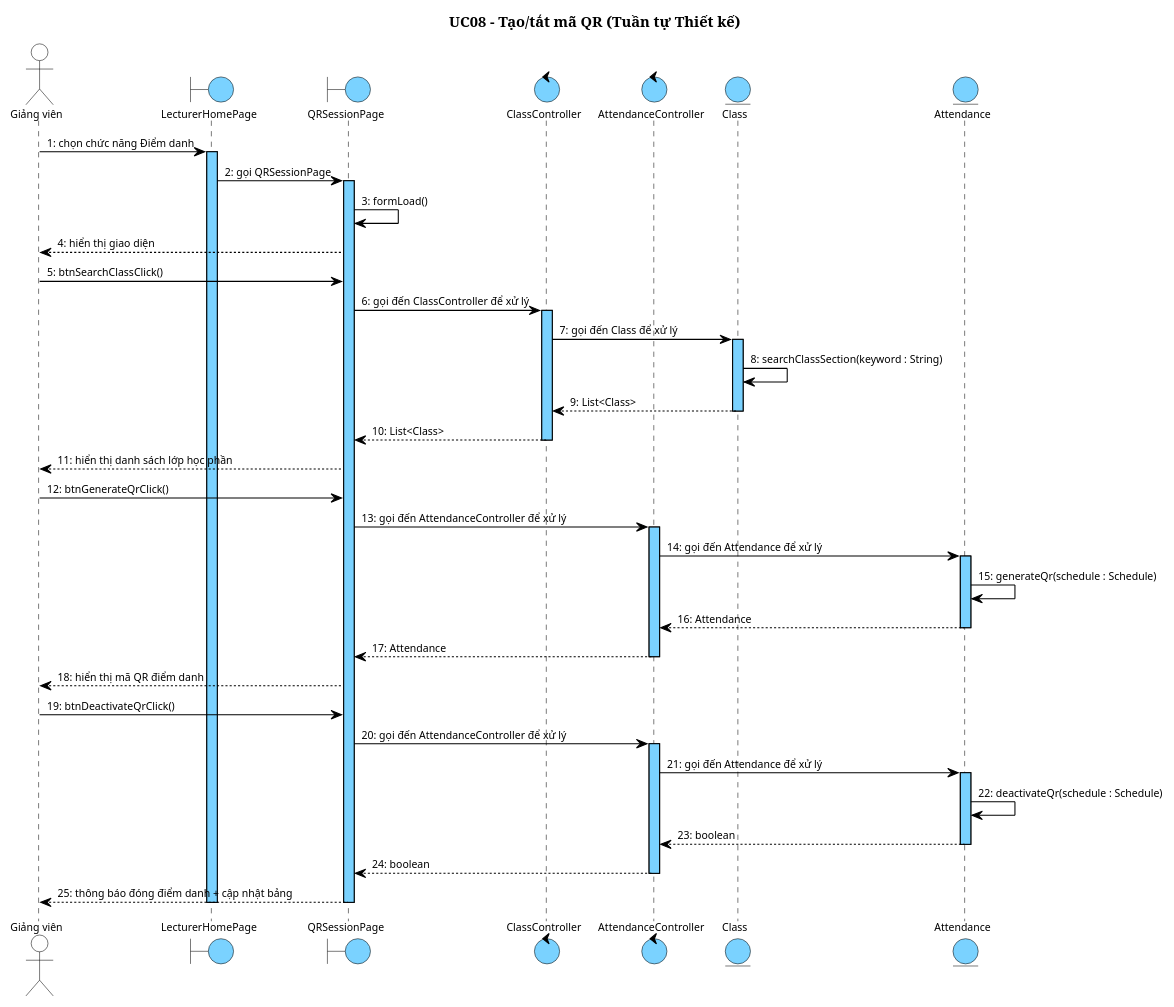
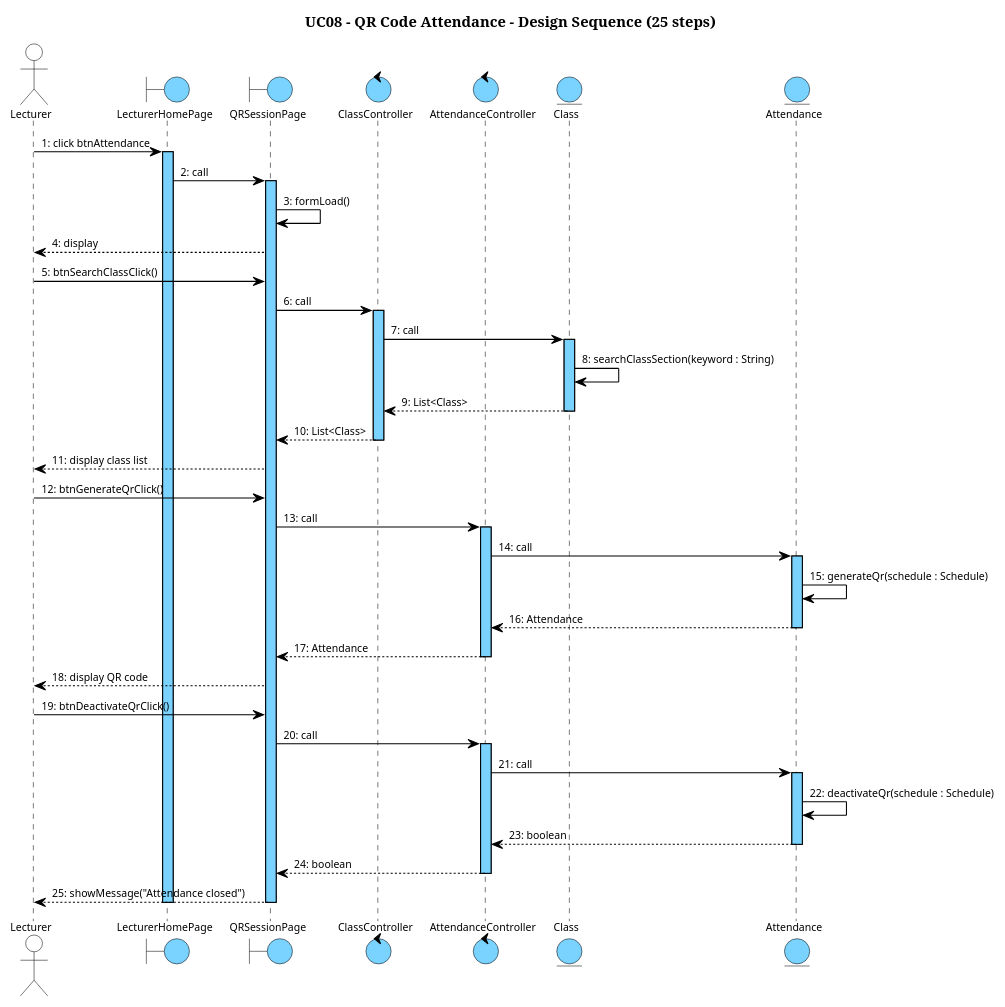
Before and after one commit to thanhtrnnn/universe: diagram 17 of 20 in report/md/module3_attendance_grades.md, drawn with PlantUML. The commit also changed other lines of this file and 27 other files, not shown here.

First line of the commit message:
feat(module3): rewrite II.4+III.4 seq diagrams per updated cnpm skill; sync skill from remote

```diff
--- a/report/md/module3_attendance_grades.md
+++ b/report/md/module3_attendance_grades.md
@@ -1357,17 +1481,45 @@
   FontName "Arial"
   FontSize 10
   FontColor #000000
-  boundary { BackgroundColor #7AD2FF; LineColor #000000 }
-  control { BackgroundColor #7AD2FF; LineColor #000000 }
-  entity { BackgroundColor #7AD2FF; LineColor #000000 }
-  actor { BackgroundColor transparent; LineColor #000000 }
-  lifeline { LineColor #000000; LineStyle 5-5 }
-  arrow { LineColor #000000; LineThickness 1; FontSize 10 }
+
+  participant {
+    BackgroundColor #7AD2FF
+    LineColor #000000
+    LineThickness 1
+  }
+
+  actor {
+    BackgroundColor transparent
+    LineColor #000000
+  }
+  boundary {
+    BackgroundColor #7AD2FF
+    LineColor #000000
+  }
+  control {
+    BackgroundColor #7AD2FF
+    LineColor #000000
+  }
+  entity {
+    BackgroundColor #7AD2FF
+    LineColor #000000
+  }
+
+  lifeline {
+    LineColor #000000
+    LineStyle 5-5
+  }
+
+  arrow {
+    LineColor #000000
+    LineThickness 1
+    FontSize 10
+  }
 }
 </style>
-title UC08 – Tạo/tắt mã QR (Tuần tự Thiết kế)
+title UC08 – QR Code Attendance – Design Sequence (25 steps)
 
-actor "Giảng viên" as GV
+actor "Lecturer" as Actor
 boundary LecturerHomePage
 boundary QRSessionPage
 control ClassController
@@ -1375,45 +1527,45 @@
 entity Class
 entity Attendance
 
-GV -> LecturerHomePage : 1: chọn chức năng Điểm danh
+Actor -> LecturerHomePage : 1: click btnAttendance
 activate LecturerHomePage
-LecturerHomePage -> QRSessionPage : 2: gọi QRSessionPage
+LecturerHomePage -> QRSessionPage : 2: call
 activate QRSessionPage
 QRSessionPage -> QRSessionPage : 3: formLoad()
-QRSessionPage --> GV : 4: hiển thị giao diện
-GV -> QRSessionPage : 5: btnSearchClassClick()
-QRSessionPage -> ClassController : 6: gọi đến ClassController để xử lý
+QRSessionPage --> Actor : 4: display
+Actor -> QRSessionPage : 5: btnSearchClassClick()
+QRSessionPage -> ClassController : 6: call
 activate ClassController
-ClassController -> Class : 7: gọi đến Class để xử lý
+ClassController -> Class : 7: call
 activate Class
 Class -> Class : 8: searchClassSection(keyword : String)
 Class --> ClassController : 9: List<Class>
 deactivate Class
 ClassController --> QRSessionPage : 10: List<Class>
 deactivate ClassController
-QRSessionPage --> GV : 11: hiển thị danh sách lớp học phần
-GV -> QRSessionPage : 12: btnGenerateQrClick()
-QRSessionPage -> AttendanceController : 13: gọi đến AttendanceController để xử lý
+QRSessionPage --> Actor : 11: display class list
+Actor -> QRSessionPage : 12: btnGenerateQrClick()
+QRSessionPage -> AttendanceController : 13: call
 activate AttendanceController
-AttendanceController -> Attendance : 14: gọi đến Attendance để xử lý
+AttendanceController -> Attendance : 14: call
 activate Attendance
 Attendance -> Attendance : 15: generateQr(schedule : Schedule)
 Attendance --> AttendanceController : 16: Attendance
 deactivate Attendance
 AttendanceController --> QRSessionPage : 17: Attendance
 deactivate AttendanceController
-QRSessionPage --> GV : 18: hiển thị mã QR điểm danh
-GV -> QRSessionPage : 19: btnDeactivateQrClick()
-QRSessionPage -> AttendanceController : 20: gọi đến AttendanceController để xử lý
+QRSessionPage --> Actor : 18: display QR code
+Actor -> QRSessionPage : 19: btnDeactivateQrClick()
+QRSessionPage -> AttendanceController : 20: call
 activate AttendanceController
-AttendanceController -> Attendance : 21: gọi đến Attendance để xử lý
+AttendanceController -> Attendance : 21: call
 activate Attendance
 Attendance -> Attendance : 22: deactivateQr(schedule : Schedule)
 Attendance --> AttendanceController : 23: boolean
 deactivate Attendance
 AttendanceController --> QRSessionPage : 24: boolean
 deactivate AttendanceController
-QRSessionPage --> GV : 25: thông báo đóng điểm danh + cập nhật bảng
+QRSessionPage --> Actor : 25: showMessage("Attendance closed")
 deactivate QRSessionPage
 deactivate LecturerHomePage
 @enduml
```
